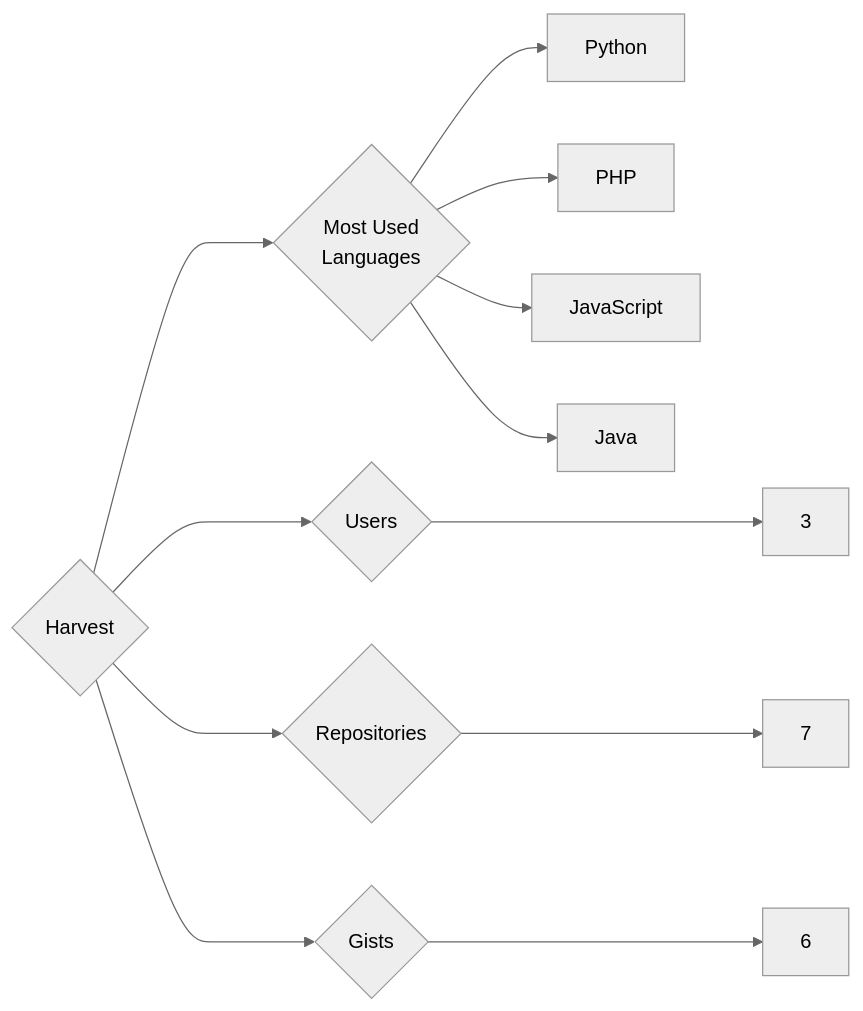
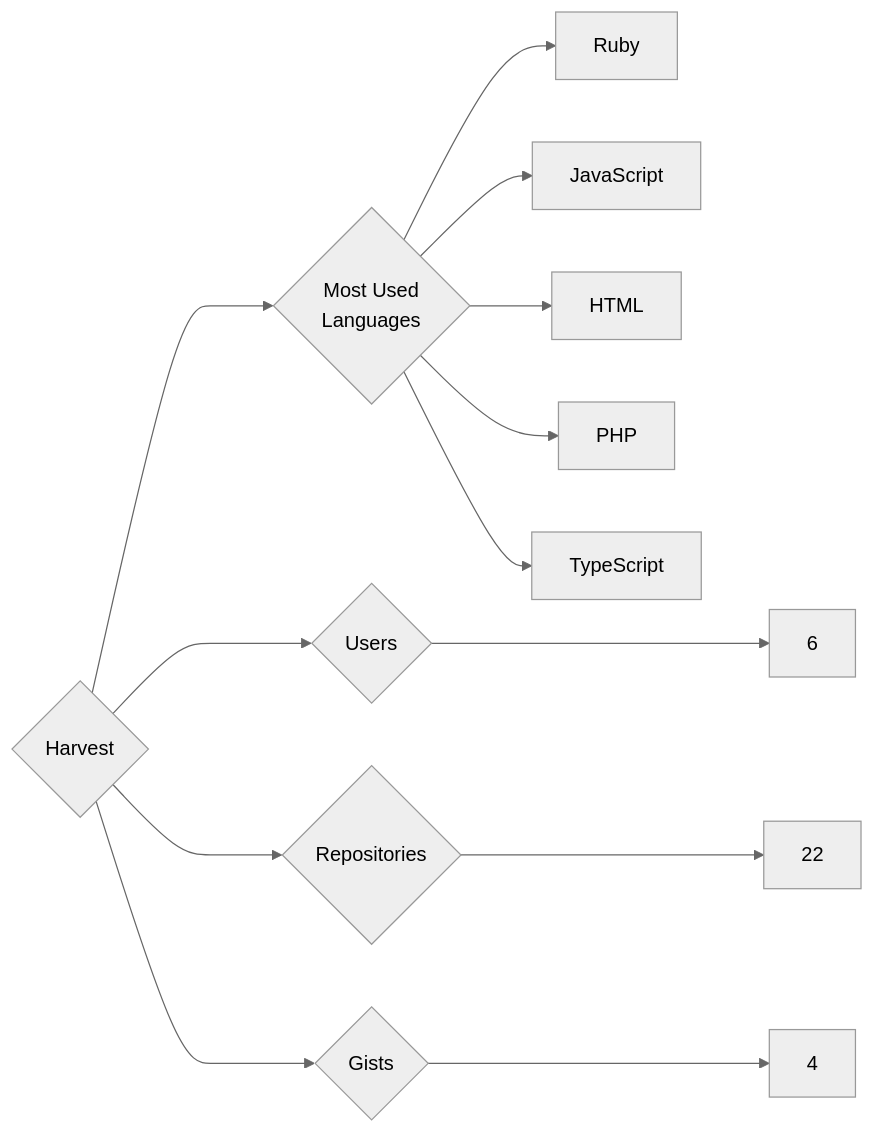
One commit to trickest/insiders changed the diagram in targets/Harvest/README.md. Above: the diagram before and after it, drawn with Mermaid (neutral theme). The commit also changed 682 other files, not shown here.

````diff
--- a/targets/Harvest/README.md
+++ b/targets/Harvest/README.md
@@ -3,12 +3,13 @@
 ```mermaid
 graph LR
 COMPANY_NAME{Harvest}
-COMPANY_NAME ---> U{Users} ---> UN[3]
-COMPANY_NAME ---> R{Repositories} ---> RN[7]
-COMPANY_NAME ---> G{Gists} ---> GN[6]
+COMPANY_NAME ---> U{Users} ---> UN[6]
+COMPANY_NAME ---> R{Repositories} ---> RN[22]
+COMPANY_NAME ---> G{Gists} ---> GN[4]
 COMPANY_NAME ---> ML{Most Used<br>Languages}
-ML --> Python[Python]
+ML --> Ruby[Ruby]
+ML --> JavaScript[JavaScript]
+ML --> HTML[HTML]
 ML --> PHP[PHP]
-ML --> JavaScript[JavaScript]
-ML --> Java[Java]
+ML --> TypeScript[TypeScript]
 ```
````
